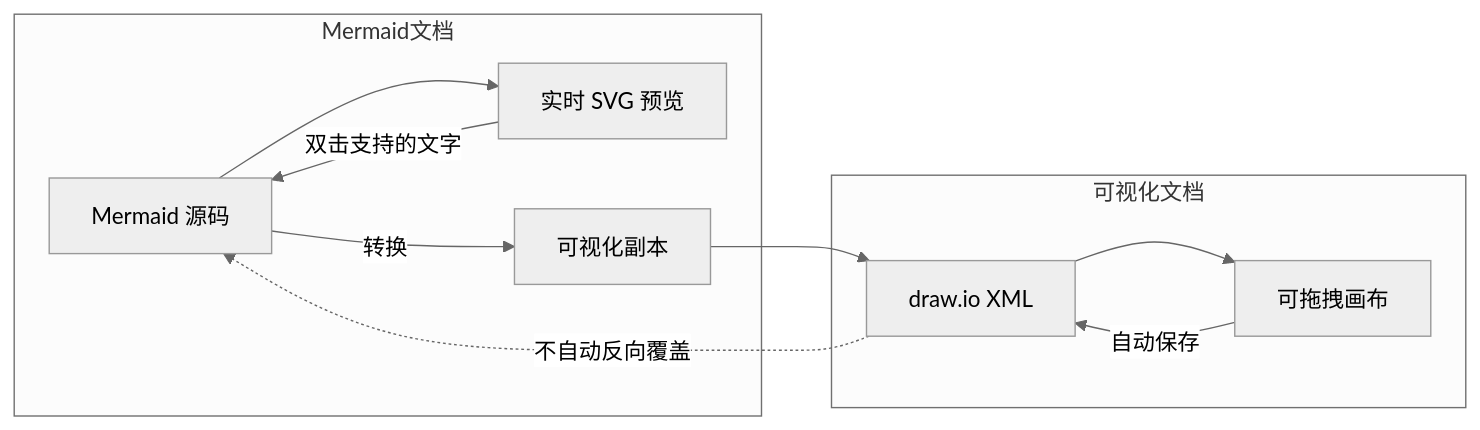
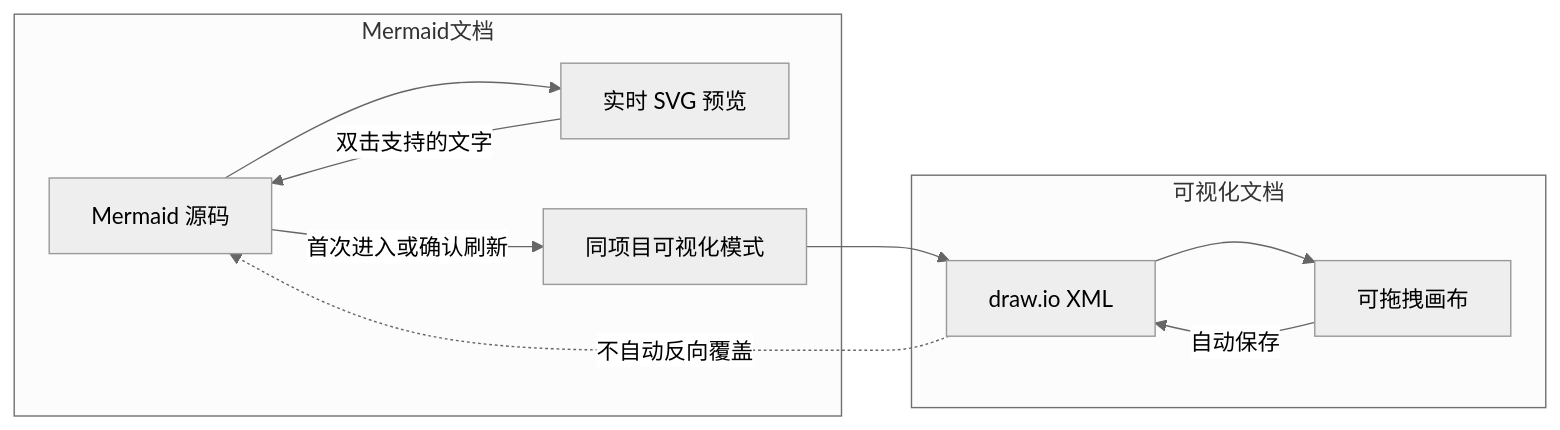
Before and after one commit to Fengsha5201314/Codebuddy_001_mermaid-markmap: the second of 5 diagrams in chart-visualizer/docs/architecture.md, drawn with Mermaid (neutral theme). The commit also changed other lines of this file and 16 other files, not shown here.

````diff
--- a/chart-visualizer/docs/architecture.md
+++ b/chart-visualizer/docs/architecture.md
@@ -38,16 +38,16 @@
 ```mermaid
 flowchart LR
     subgraph Mermaid文档
         MC["Mermaid 源码"] --> MR["实时 SVG 预览"]
         MR -->|"双击支持的文字"| MC
-        MC -->|"转换"| COPY["可视化副本"]
+        MC -->|"首次进入或确认刷新"| COPY["同项目可视化模式"]
     end
 
     subgraph 可视化文档
         XML["draw.io XML"] --> CANVAS["可拖拽画布"]
         CANVAS -->|"自动保存"| XML
     end
 
     COPY --> XML
     XML -. "不自动反向覆盖" .-> MC
 ```
````
